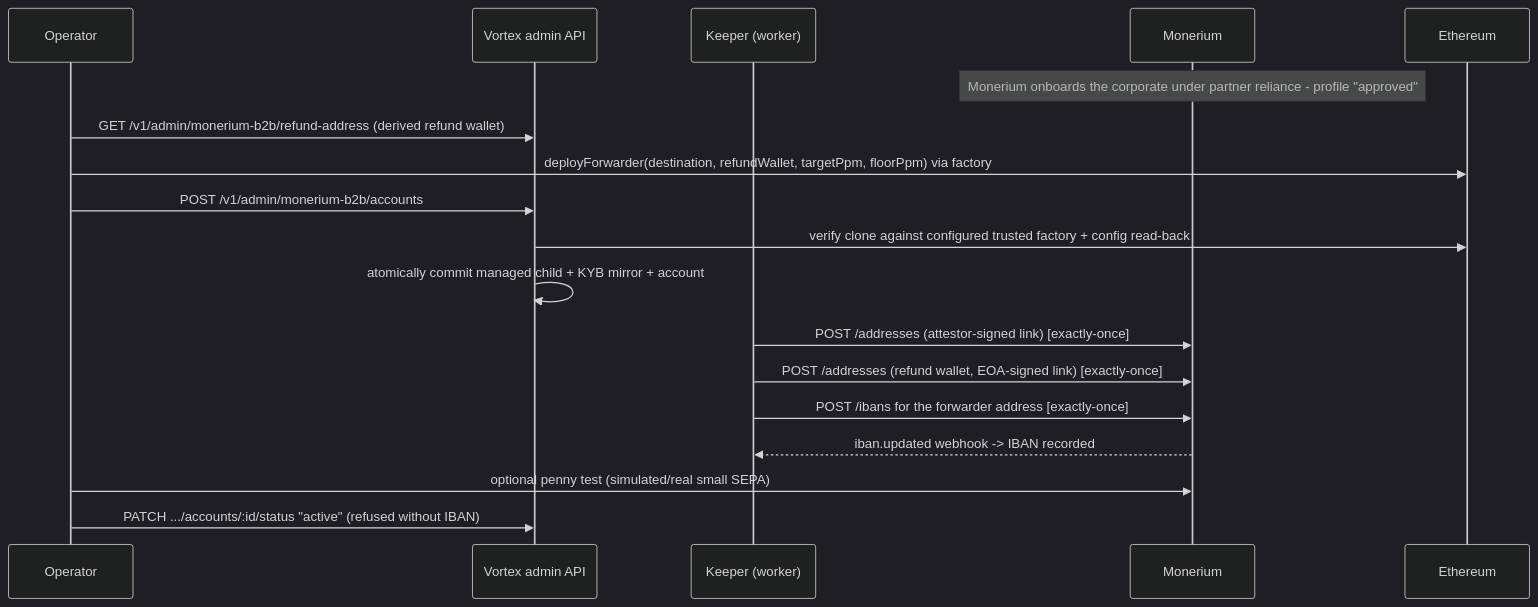
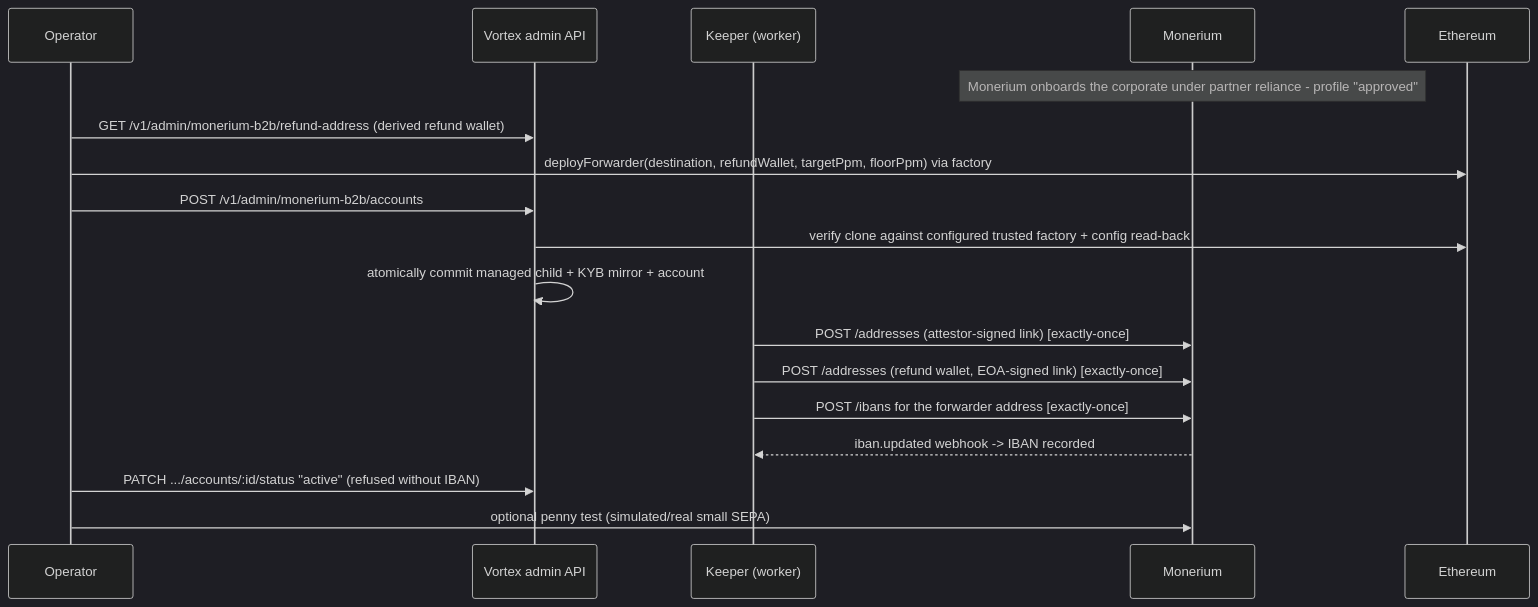
The second of 8 diagrams in docs/architecture-monerium-b2b-onramp.md (pendulum-chain/vortex), drawn with Mermaid (dark theme) before and after one commit. The commit also changed other lines of this file and 50 other files, not shown here.

````diff
--- a/docs/architecture-monerium-b2b-onramp.md
+++ b/docs/architecture-monerium-b2b-onramp.md
@@ -114,21 +114,21 @@
 ```mermaid
 sequenceDiagram
     participant Op as Operator
     participant Adm as Vortex admin API
     participant K as Keeper (worker)
     participant M as Monerium
     participant C as Ethereum
 
     Note over M: Monerium onboards the corporate under partner reliance - profile "approved"
     Op->>Adm: GET /v1/admin/monerium-b2b/refund-address (derived refund wallet)
     Op->>C: deployForwarder(destination, refundWallet, targetPpm, floorPpm) via factory
     Op->>Adm: POST /v1/admin/monerium-b2b/accounts
     Adm->>C: verify clone against configured trusted factory + config read-back
     Adm->>Adm: atomically commit managed child + KYB mirror + account
     K->>M: POST /addresses (attestor-signed link)  [exactly-once]
     K->>M: POST /addresses (refund wallet, EOA-signed link)  [exactly-once]
     K->>M: POST /ibans for the forwarder address   [exactly-once]
     M-->>K: iban.updated webhook -> IBAN recorded
+    Op->>Adm: PATCH .../accounts/:id/status "active" (refused without IBAN)
     Op->>M: optional penny test (simulated/real small SEPA)
-    Op->>Adm: PATCH .../accounts/:id/status "active" (refused without IBAN)
 ```
````
